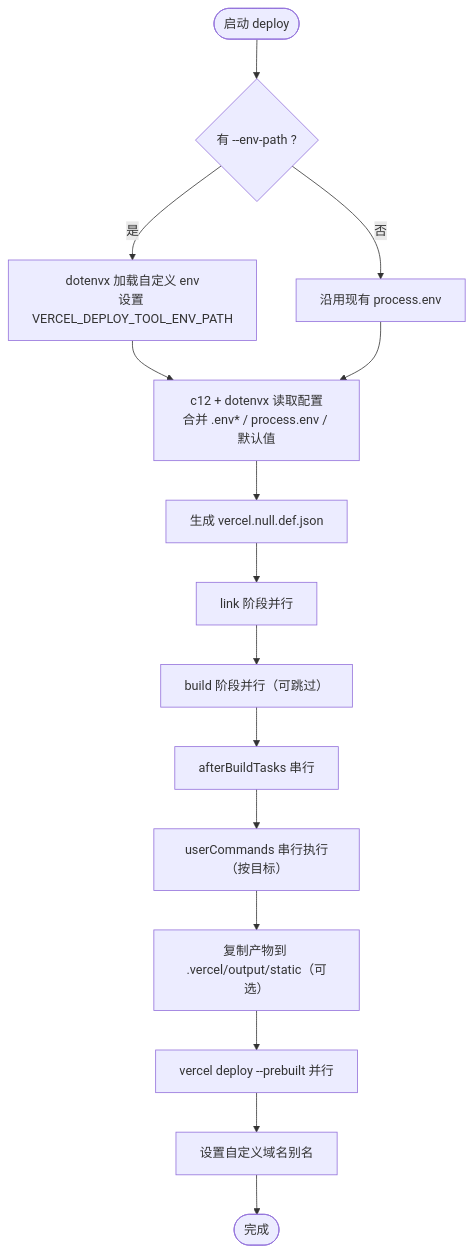
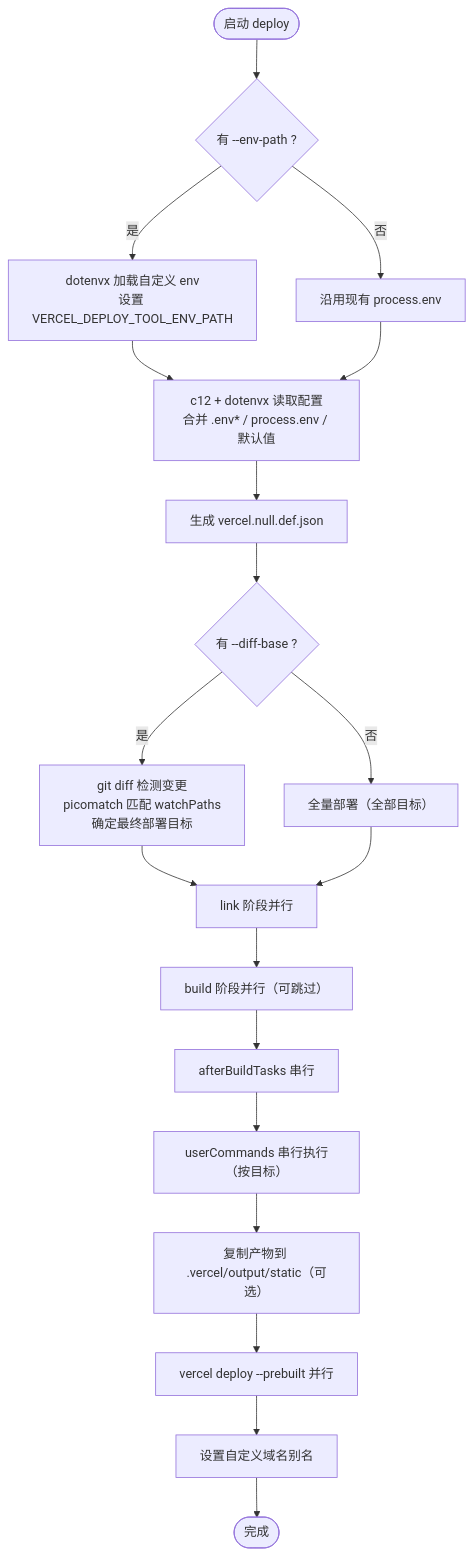
The second of 2 diagrams in packages/vercel-deploy-tool/src/docs/architecture.md (ruan-cat/monorepo), drawn with Mermaid before and after one commit. The commit also changed other lines of this file and 3 other files, not shown here.

````diff
--- a/packages/vercel-deploy-tool/src/docs/architecture.md
+++ b/packages/vercel-deploy-tool/src/docs/architecture.md
@@ -54,17 +58,21 @@
 ```mermaid
 flowchart TD
   Start([启动 deploy]) --> EnvSel{有 --env-path ?}
   EnvSel -- 是 --> LoadEnv[dotenvx 加载自定义 env<br/>设置 VERCEL_DEPLOY_TOOL_ENV_PATH]
   EnvSel -- 否 --> SkipEnv[沿用现有 process.env]
   LoadEnv --> LoadCfg
   SkipEnv --> LoadCfg
   LoadCfg[c12 + dotenvx 读取配置<br/>合并 .env* / process.env / 默认值] --> GenNull[生成 vercel.null.def.json]
-  GenNull --> Link[link 阶段并行]
+  GenNull --> DiffDetect{"有 --diff-base ?"}
+  DiffDetect -- 是 --> GitDiff["git diff 检测变更<br/>picomatch 匹配 watchPaths<br/>确定最终部署目标"]
+  DiffDetect -- 否 --> AllTargets["全量部署（全部目标）"]
+  GitDiff --> Link[link 阶段并行]
+  AllTargets --> Link
   Link --> Build[build 阶段并行（可跳过）]
   Build --> AfterBuild[afterBuildTasks 串行]
   AfterBuild --> UserCmds[userCommands 串行执行（按目标）]
   UserCmds --> CopyDist[复制产物到 .vercel/output/static（可选）]
   CopyDist --> Deploy[vercel deploy --prebuilt 并行]
   Deploy --> Alias[设置自定义域名别名]
   Alias --> Done([完成])
 ```
````
